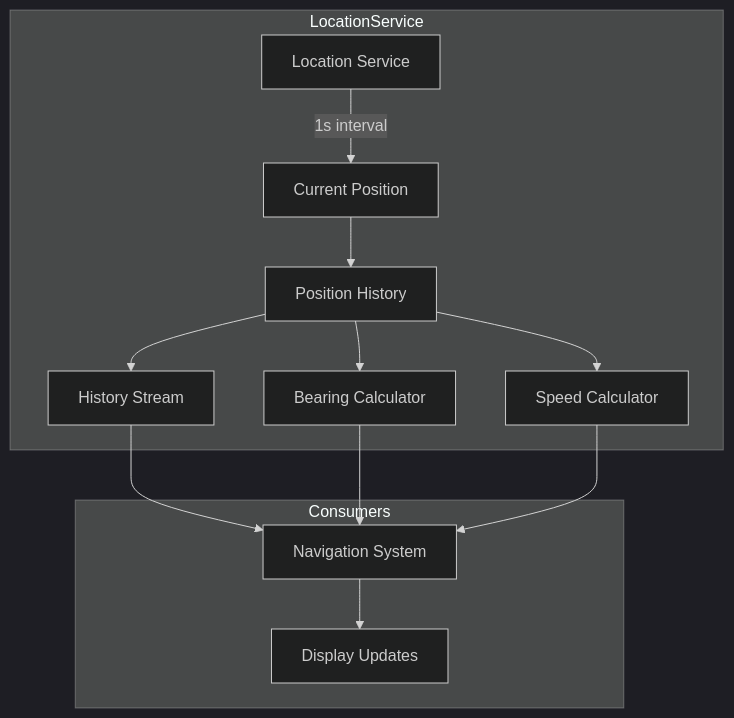
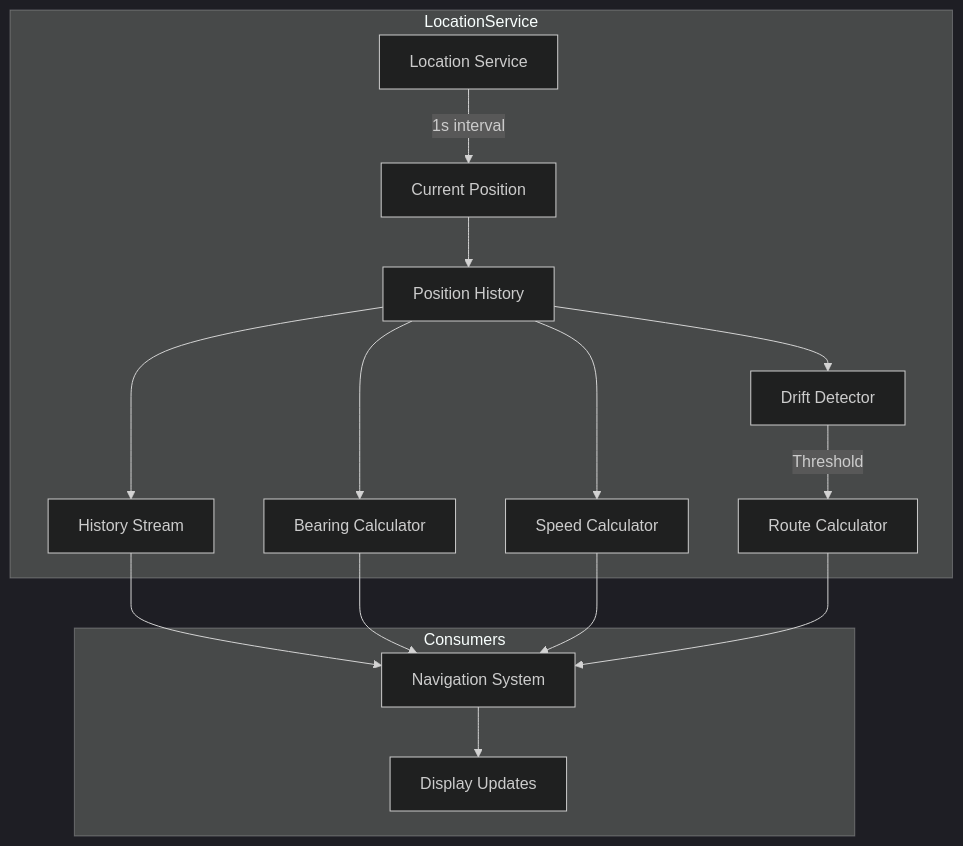
One commit to WatsonMLDev/Frame-Navigation-App changed the sixth of 7 diagrams in memory-bank/systemPatterns.md. Above: the diagram before and after it, drawn with Mermaid (dark theme). The commit also changed other lines of this file and 5 other files, not shown here.

````diff
--- a/memory-bank/systemPatterns.md
+++ b/memory-bank/systemPatterns.md
@@ -137,17 +153,20 @@
 ```mermaid
 flowchart TD
     subgraph LocationService
         LS[Location Service] -->|1s interval| CP[Current Position]
         CP --> PH[Position History]
         PH --> HS[History Stream]
         PH --> BC[Bearing Calculator]
         PH --> SC[Speed Calculator]
+        PH --> DD[Drift Detector]
+        DD -->|Threshold| RC[Route Calculator]
     end
 
     subgraph Consumers
         HS --> Navigation[Navigation System]
         BC --> Navigation
         SC --> Navigation
+        RC --> Navigation
         Navigation --> Display[Display Updates]
     end
 ```
````
